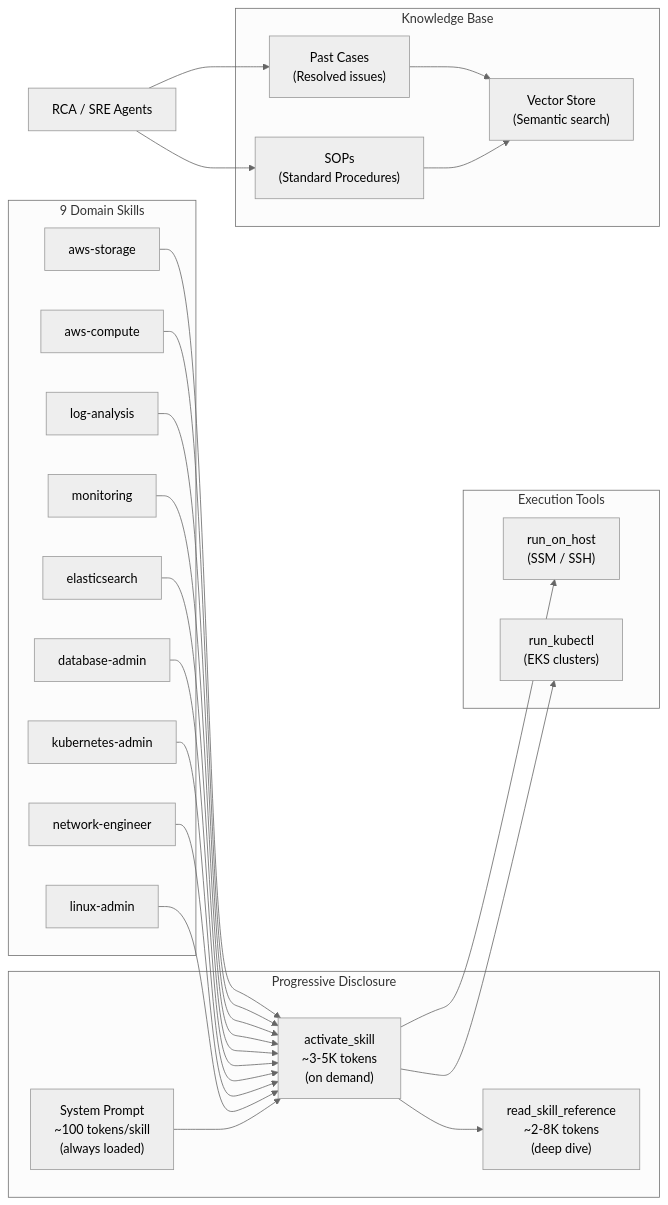
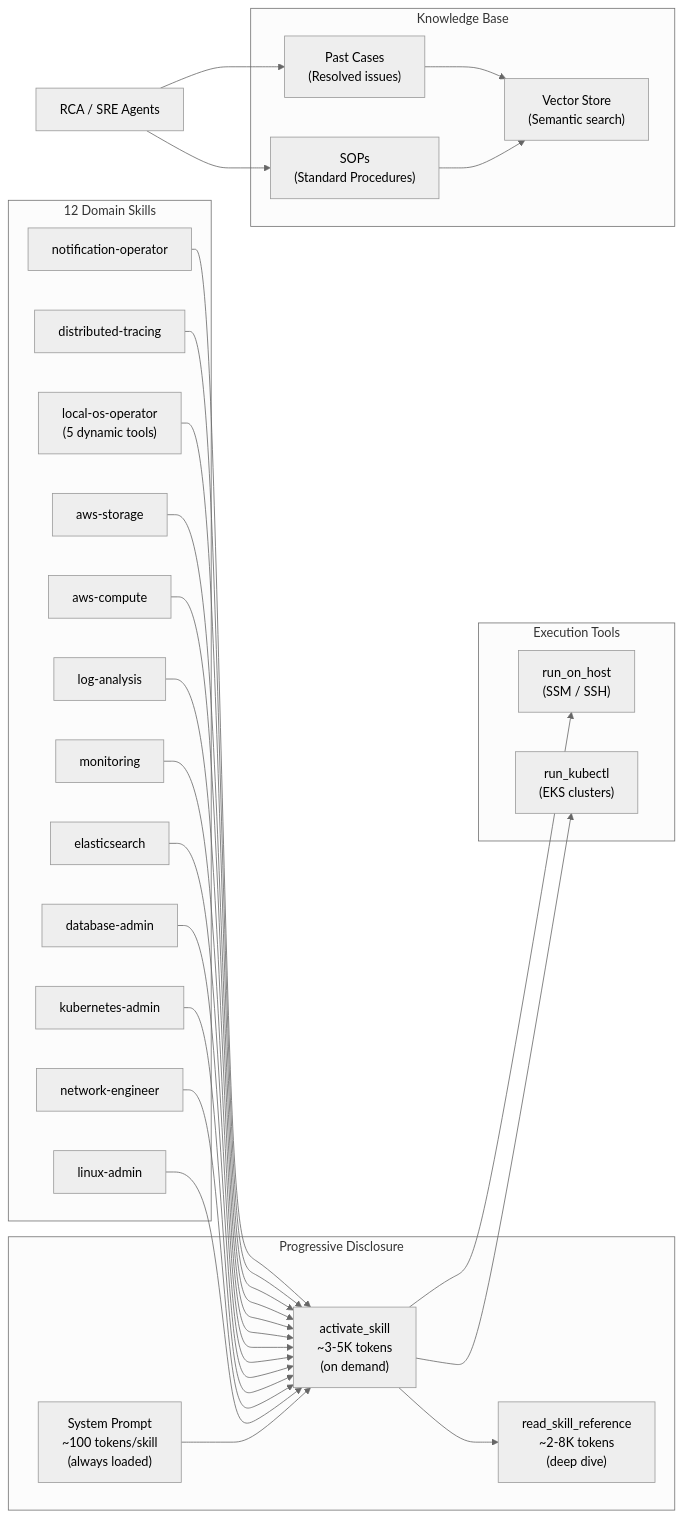
Before and after one commit to LiboMa/agenticops-chat: the seventh of 8 diagrams in docs/WORKFLOW.md, drawn with Mermaid (neutral theme). The commit also changed other lines of this file and 63 other files, not shown here.

````diff
--- a/docs/WORKFLOW.md
+++ b/docs/WORKFLOW.md
@@ -297,49 +312,55 @@
 ```mermaid
 flowchart LR
     subgraph "Progressive Disclosure"
         PROMPT["System Prompt<br/>~100 tokens/skill<br/>(always loaded)"]
         ACTIVATE["activate_skill<br/>~3-5K tokens<br/>(on demand)"]
         REF["read_skill_reference<br/>~2-8K tokens<br/>(deep dive)"]
     end
 
-    subgraph "9 Domain Skills"
+    subgraph "12 Domain Skills"
         S1["linux-admin"]
         S2["network-engineer"]
         S3["kubernetes-admin"]
         S4["database-admin"]
         S5["elasticsearch"]
         S6["monitoring"]
         S7["log-analysis"]
         S8["aws-compute"]
         S9["aws-storage"]
+        S10["local-os-operator<br/>(5 dynamic tools)"]
+        S11["distributed-tracing"]
+        S12["notification-operator"]
     end
 
     subgraph "Execution Tools"
         HOST["run_on_host<br/>(SSM / SSH)"]
         KUBE["run_kubectl<br/>(EKS clusters)"]
     end
 
     subgraph "Knowledge Base"
         SOP["SOPs<br/>(Standard Procedures)"]
         CASES["Past Cases<br/>(Resolved issues)"]
         VEC["Vector Store<br/>(Semantic search)"]
     end
 
     PROMPT --> ACTIVATE --> REF
     S1 --> ACTIVATE
     S2 --> ACTIVATE
     S3 --> ACTIVATE
     S4 --> ACTIVATE
     S5 --> ACTIVATE
     S6 --> ACTIVATE
     S7 --> ACTIVATE
     S8 --> ACTIVATE
     S9 --> ACTIVATE
+    S10 --> ACTIVATE
+    S11 --> ACTIVATE
+    S12 --> ACTIVATE
     ACTIVATE --> HOST
     ACTIVATE --> KUBE
 
     RCA["RCA / SRE Agents"] --> SOP
     RCA --> CASES
     SOP --> VEC
     CASES --> VEC
 ```
````
